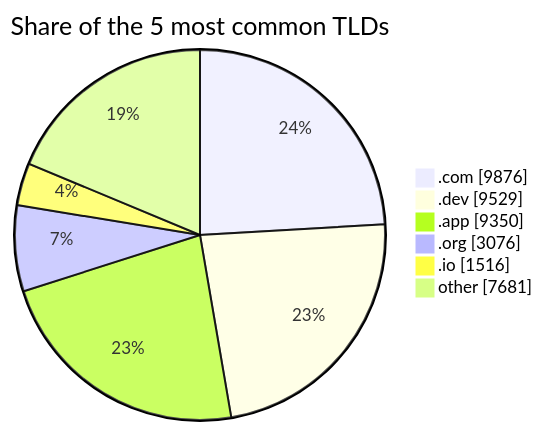
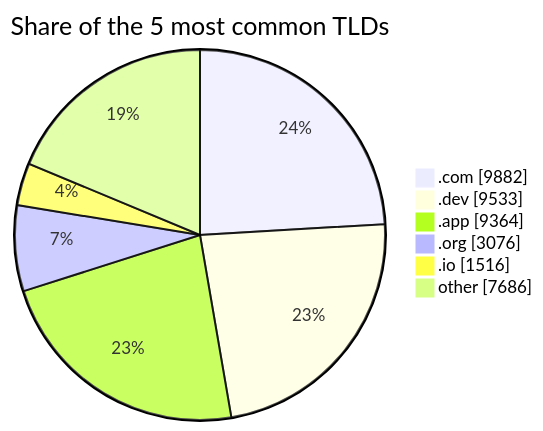
The third of 3 diagrams in README.md (DNSBunker/CTI), drawn with Mermaid before and after one commit. The commit also changed other lines of this file and 3 other files, not shown here.

````diff
--- a/README.md
+++ b/README.md
@@ -81,9 +81,9 @@
 ```mermaid
 pie showData title Share of the 5 most common TLDs
-    ".com" : 9876
-    ".dev" : 9529
-    ".app" : 9350
+    ".com" : 9882
+    ".dev" : 9533
+    ".app" : 9364
     ".org" : 3076
     ".io" : 1516
-    "other" : 7681
+    "other" : 7686
 ```
````
